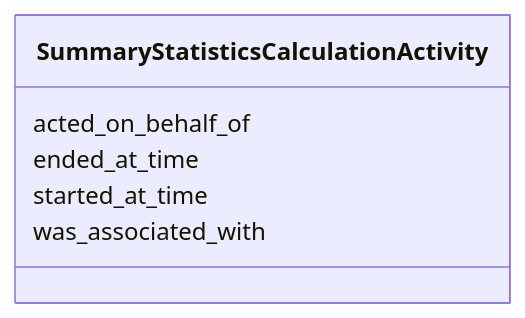
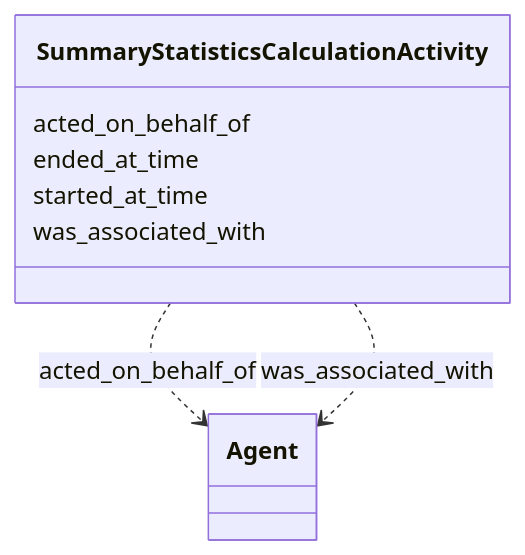
Before and after one commit to INCATools/ontology-access-kit: the diagram in summary-statistics/SummaryStatisticsCalculationActivity.md, drawn with Mermaid. The commit also changed other lines of this file and 1783 other files, not shown here.

````diff
--- a/summary-statistics/SummaryStatisticsCalculationActivity.md
+++ b/summary-statistics/SummaryStatisticsCalculationActivity.md
@@ -11,9 +11,17 @@
 ```{mermaid}
  classDiagram
     class SummaryStatisticsCalculationActivity
       SummaryStatisticsCalculationActivity : acted_on_behalf_of
+        
+          SummaryStatisticsCalculationActivity ..> Agent : acted_on_behalf_of
+        
       SummaryStatisticsCalculationActivity : ended_at_time
+        
       SummaryStatisticsCalculationActivity : started_at_time
+        
       SummaryStatisticsCalculationActivity : was_associated_with
+        
+          SummaryStatisticsCalculationActivity ..> Agent : was_associated_with
+        
       
 ```
````
